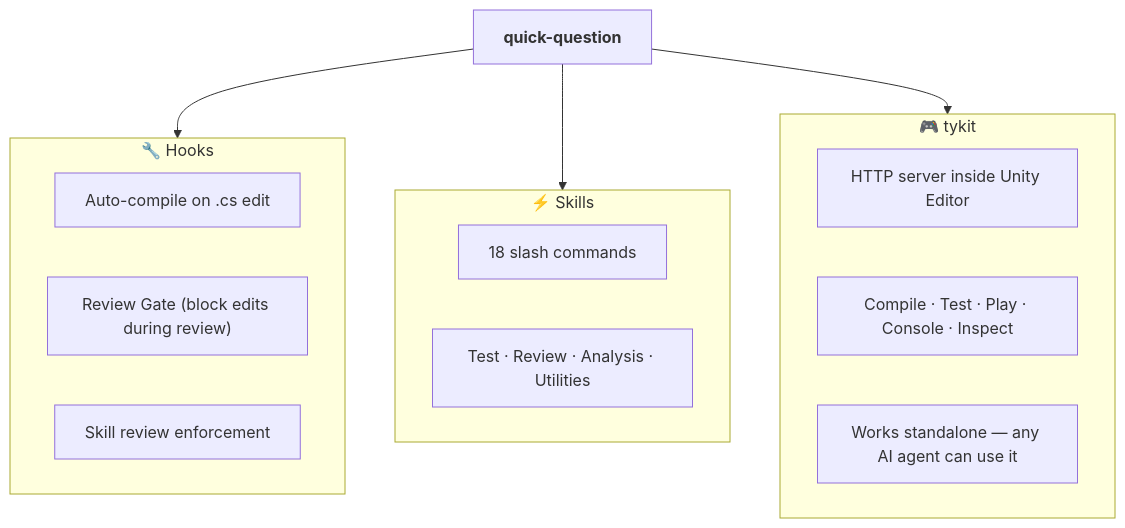
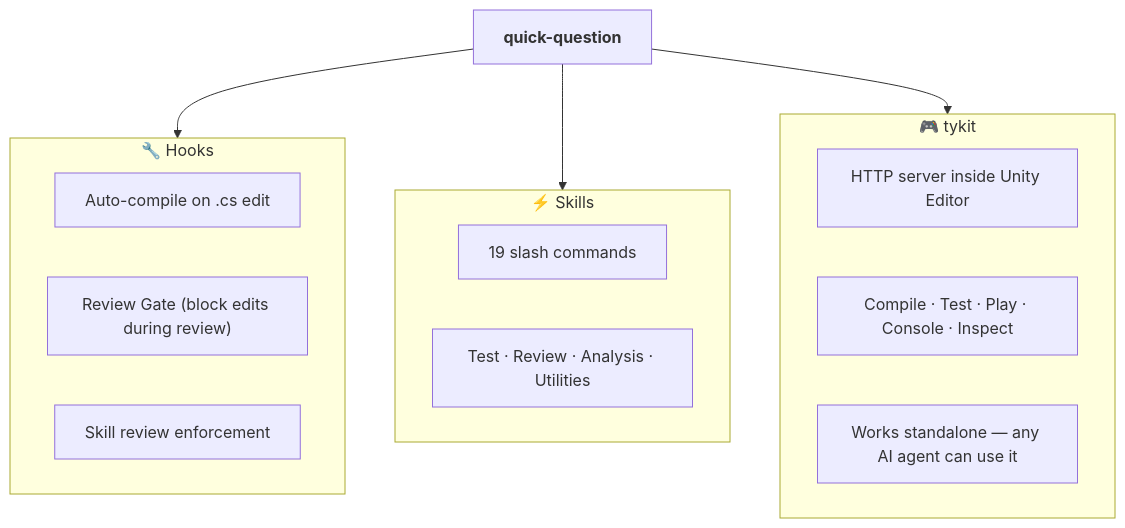
One commit to brandonle7116/quick-question changed the first of 11 diagrams in README.md. Above: the diagram before and after it, drawn with Mermaid. The commit also changed other lines of this file and 2 other files, not shown here.

````diff
--- a/README.md
+++ b/README.md
@@ -66,25 +66,25 @@
 ```mermaid
 flowchart TB
     QQ["<b>quick-question</b>"]
 
     subgraph H["🔧 Hooks"]
         H1["Auto-compile on .cs edit"]
         H2["Review Gate (block edits during review)"]
         H3["Skill review enforcement"]
     end
 
     subgraph S["⚡ Skills"]
-        S1["18 slash commands"]
+        S1["19 slash commands"]
         S2["Test · Review · Analysis · Utilities"]
     end
 
     subgraph T["🎮 tykit"]
         T1["HTTP server inside Unity Editor"]
         T2["Compile · Test · Play · Console · Inspect"]
         T3["Works standalone — any AI agent can use it"]
     end
 
     QQ --> H
     QQ --> S
     QQ --> T
 ```
````
